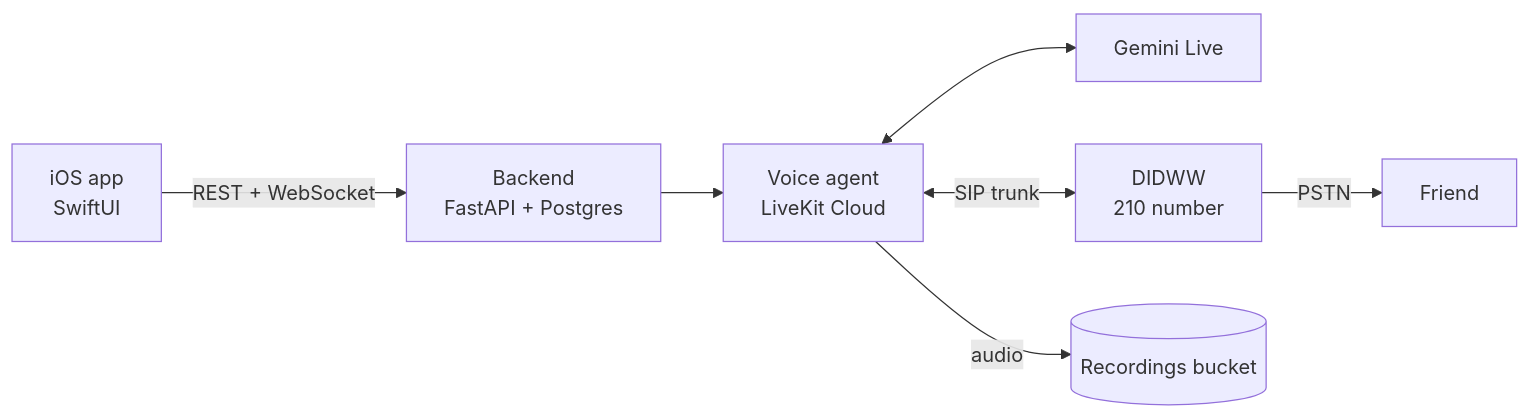
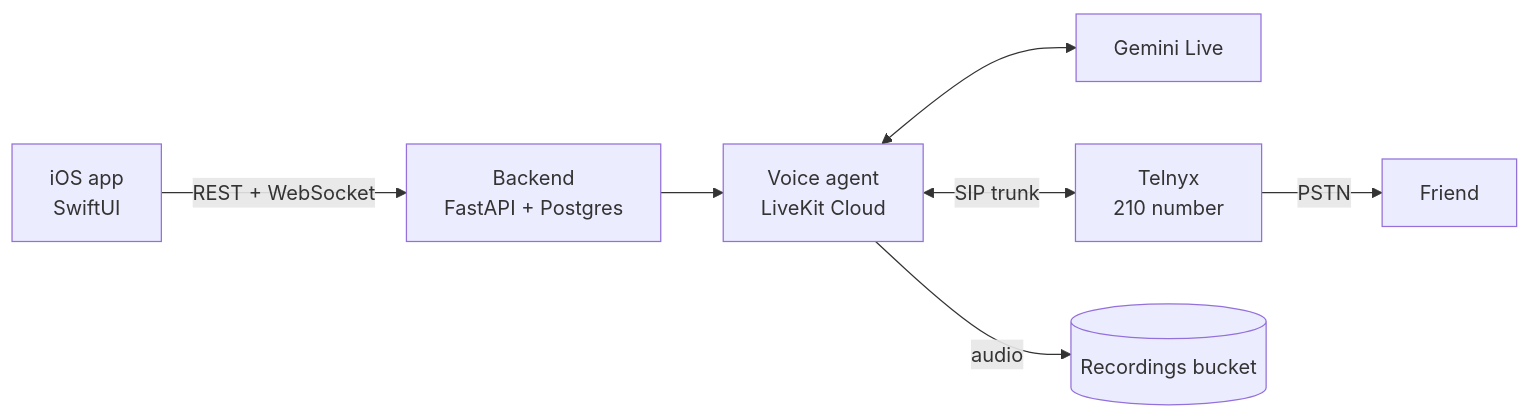
One commit to alexkoukos/voiceagent changed the second of 2 diagrams in PRD AI Prank Caller (Level 1).md. Above: the diagram before and after it, drawn with Mermaid. The commit also changed other lines of this file and 5 other files, not shown here.

First line of the commit message:
Switch SIP provider from DIDWW (no outbound) to Telnyx

````diff
--- a/PRD AI Prank Caller (Level 1).md
+++ b/PRD AI Prank Caller (Level 1).md
@@ -57,9 +57,9 @@
 ```mermaid
 flowchart LR
     A[iOS app<br/>SwiftUI] -->|REST + WebSocket| B[Backend<br/>FastAPI + Postgres]
     B --> V[Voice agent<br/>LiveKit Cloud]
     V <--> R[Gemini Live]
-    V <-->|SIP trunk| T[DIDWW<br/>210 number]
+    V <-->|SIP trunk| T[Telnyx<br/>210 number]
     T -->|PSTN| F[Friend]
     V -->|audio| S[(Recordings bucket)]
 ```
````
